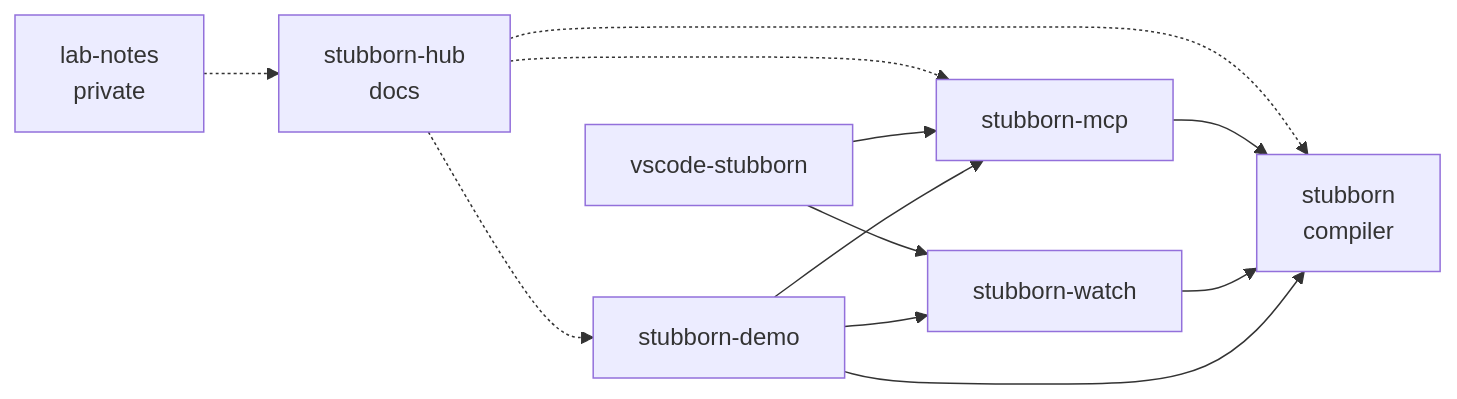
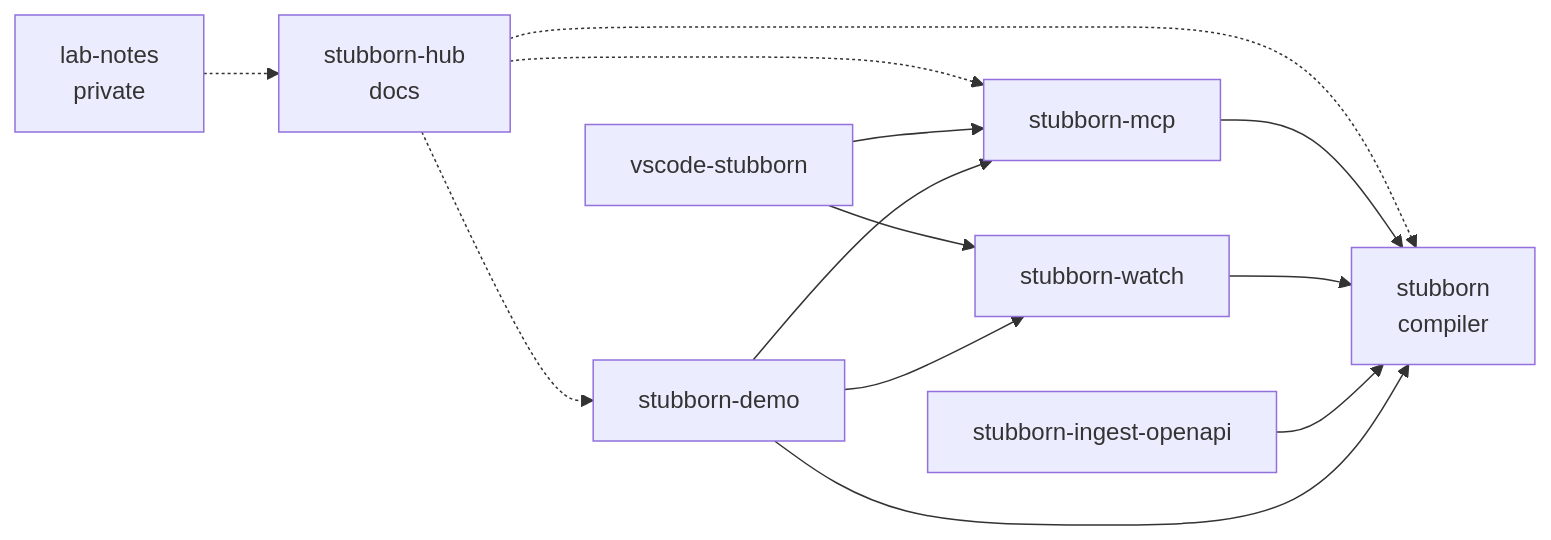
The third of 3 diagrams in docs/ARCHITECTURE.md (stubborn-ai/stubborn-hub), drawn with Mermaid before and after one commit. The commit also changed other lines of this file and 4 other files, not shown here.

````diff
--- a/docs/ARCHITECTURE.md
+++ b/docs/ARCHITECTURE.md
@@ -104,22 +108,24 @@
 ```mermaid
 flowchart LR
   HUB["stubborn-hub<br/>docs"]
   CORE["stubborn<br/>compiler"]
   MCP["stubborn-mcp"]
   WATCH["stubborn-watch"]
   VSCODE["vscode-stubborn"]
+  OPENAPI["stubborn-ingest-openapi"]
   DEMO["stubborn-demo"]
   NOTES["lab-notes<br/>private"]
 
   HUB -.-> CORE
   HUB -.-> MCP
   HUB -.-> DEMO
   MCP --> CORE
   WATCH --> CORE
+  OPENAPI --> CORE
   VSCODE --> MCP
   VSCODE --> WATCH
   DEMO --> CORE
   DEMO --> MCP
   DEMO --> WATCH
   NOTES -.-> HUB
 ```
````
